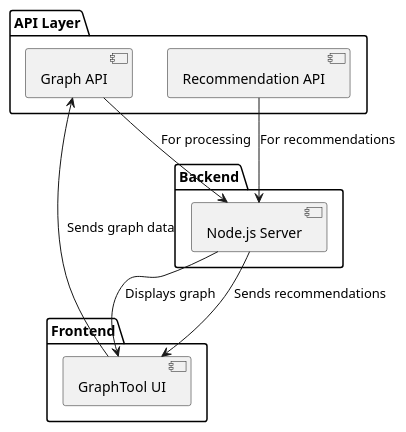
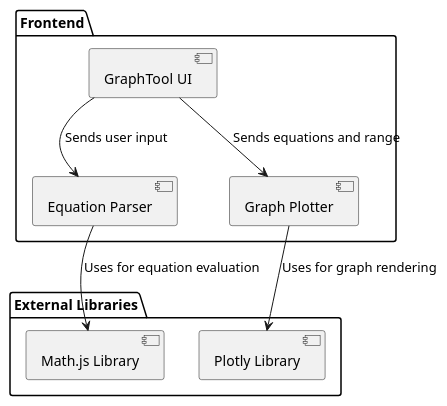
Before and after one commit to ImaneHaz/prove: the diagram in diagrams/component_diagram.puml, drawn with PlantUML.

```diff
--- a/diagrams/component_diagram.puml
+++ b/diagrams/component_diagram.puml
@@ -1,20 +1,17 @@
 @startuml
 package "Frontend" {
   [GraphTool UI]
+  [Equation Parser]
+  [Graph Plotter]
 }
 
-package "Backend" {
-  [Node.js Server]
+package "External Libraries" {
+  [Math.js Library]
+  [Plotly Library]
 }
 
-package "API Layer" {
-  [Graph API]
-  [Recommendation API]
-}
-
-[GraphTool UI] --> [Graph API] : Sends graph data
-[Graph API] --> [Node.js Server] : For processing
-[Node.js Server] --> [GraphTool UI] : Displays graph
-[Recommendation API] --> [Node.js Server] : For recommendations
-[Node.js Server] --> [GraphTool UI] : Sends recommendations
+[GraphTool UI] --> [Equation Parser] : Sends user input
+[Equation Parser] --> [Math.js Library] : Uses for equation evaluation
+[GraphTool UI] --> [Graph Plotter] : Sends equations and range
+[Graph Plotter] --> [Plotly Library] : Uses for graph rendering
 @enduml
```
